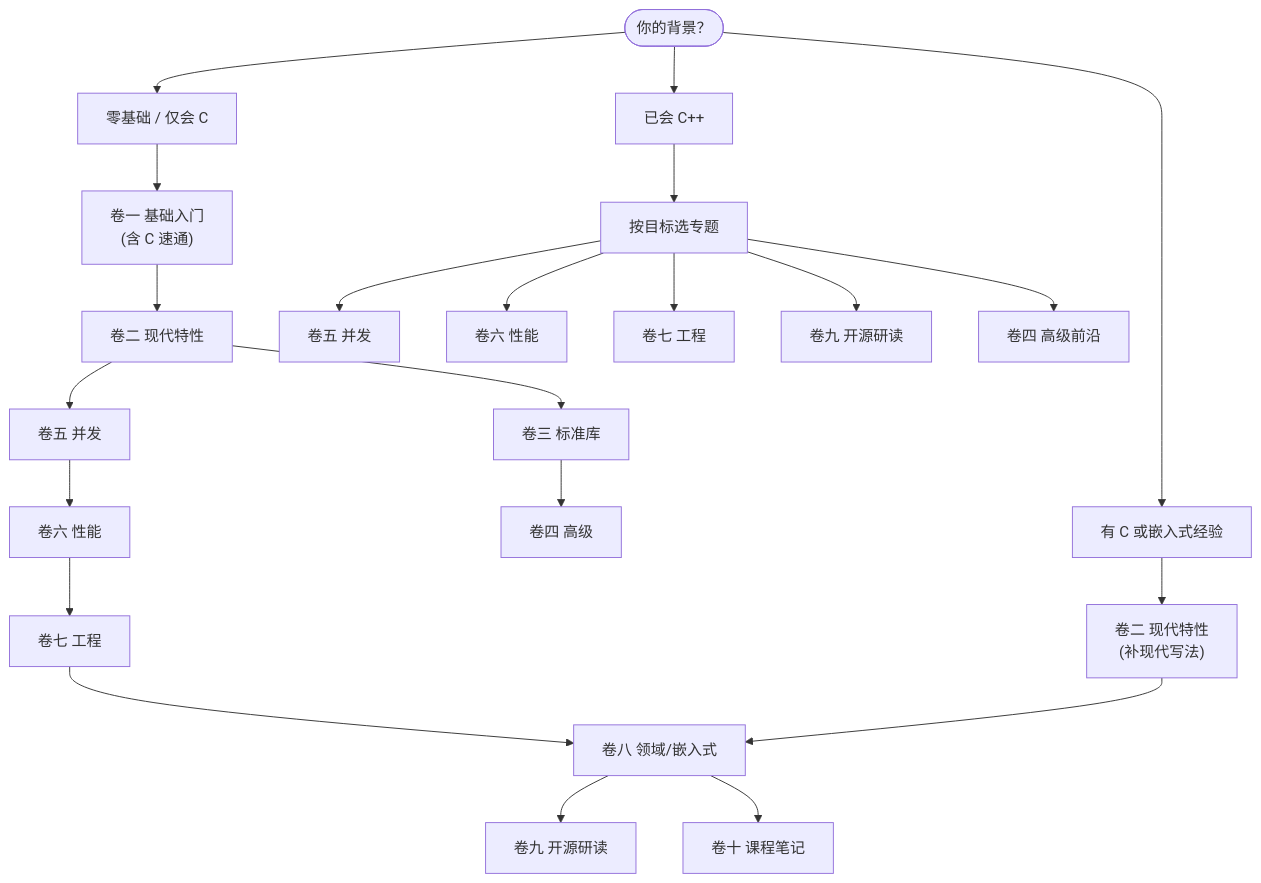
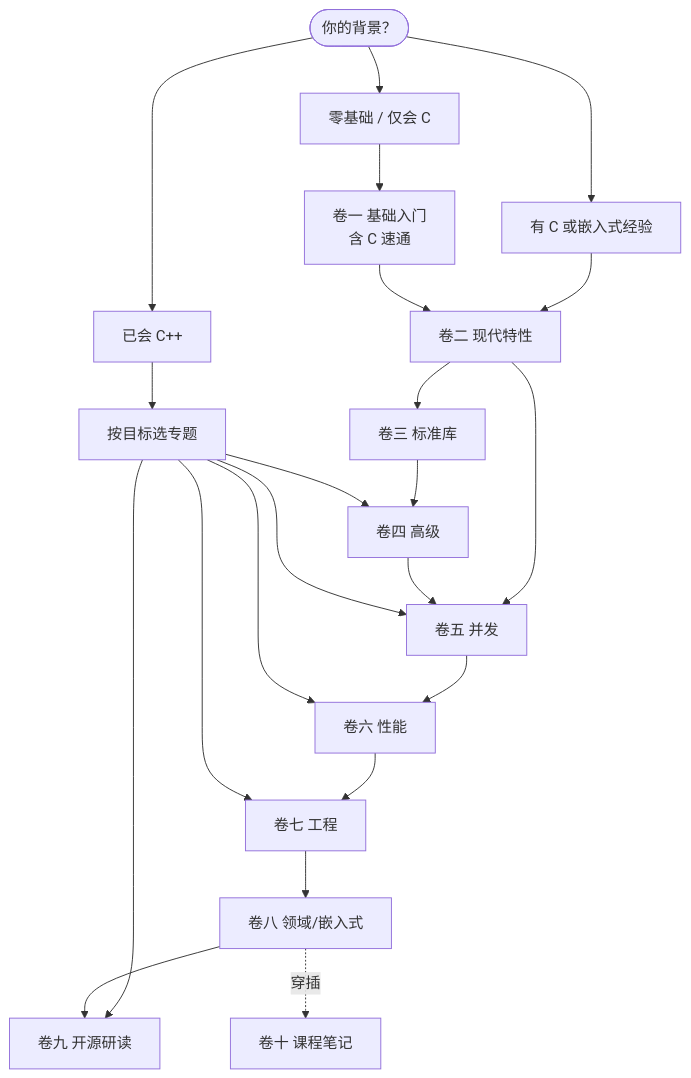
Before and after one commit to Awesome-Embedded-Learning-Studio/Tutorial_AwesomeModernCPP: the diagram in documents/roadmap/index.md, drawn with Mermaid. The commit also changed other lines of this file and 32 other files, not shown here.

````diff
--- a/documents/roadmap/index.md
+++ b/documents/roadmap/index.md
@@ -29,28 +31,28 @@
 ```mermaid
 flowchart TD
-    Start(["你的背景？"])
-    A["零基础 / 仅会 C"] --> V1["卷一 基础入门<br/>(含 C 速通)"]
-    B["有 C 或嵌入式经验"] --> V2a["卷二 现代特性<br/>(补现代写法)"]
-    C["已会 C++"] --> Goal["按目标选专题"]
+    Start(["你的背景？"]) --> A["零基础 / 仅会 C"]
+    Start --> B["有 C 或嵌入式经验"]
+    Start --> C["已会 C++"]
 
-    V1 --> V2["卷二 现代特性"]
+    A --> V1["卷一 基础入门<br/>含 C 速通"]
+    B --> V2["卷二 现代特性"]
+    V1 --> V2
+
     V2 --> V3["卷三 标准库"]
+    V2 --> V5["卷五 并发"]
     V3 --> V4["卷四 高级"]
-    V2 --> V5["卷五 并发"]
+    V4 --> V5
     V5 --> V6["卷六 性能"]
     V6 --> V7["卷七 工程"]
     V7 --> V8["卷八 领域/嵌入式"]
-    V2a --> V8
-    V8 --> V9["卷九 开源研读"]
-    V8 --> V10["卷十 课程笔记"]
 
-    Goal --> Conc["卷五 并发"]
-    Goal --> Perf["卷六 性能"]
-    Goal --> Eng["卷七 工程"]
-    Goal --> Src["卷九 开源研读"]
-    Goal --> Adv["卷四 高级前沿"]
+    C --> Goal["按目标选专题"]
+    Goal --> V4
+    Goal --> V5
+    Goal --> V6
+    Goal --> V7
+    Goal --> V9["卷九 开源研读"]
 
-    Start --> A
-    Start --> B
-    Start --> C
+    V8 --> V9
+    V8 -.穿插.-> V10["卷十 课程笔记"]
 ```
````
